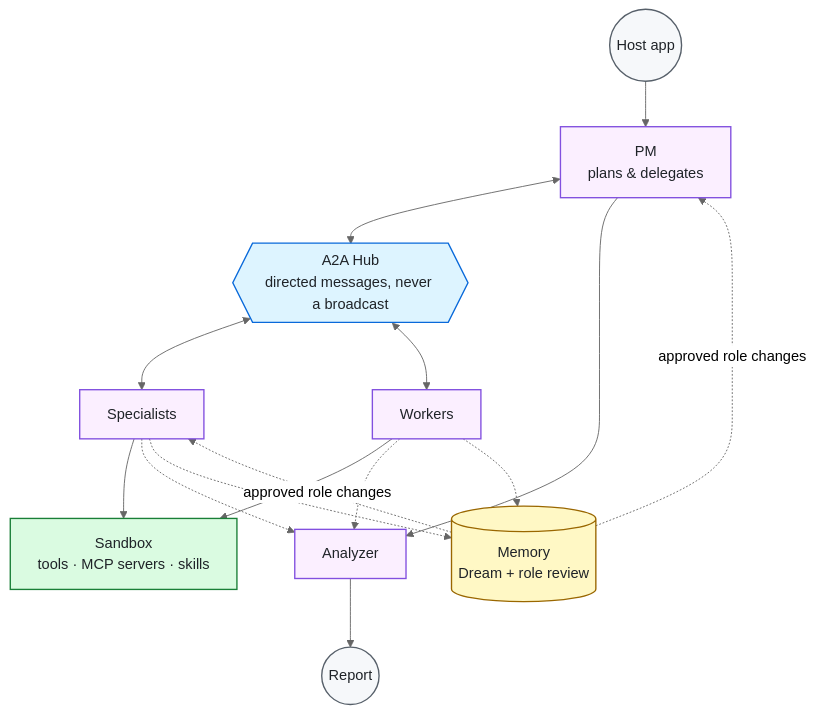
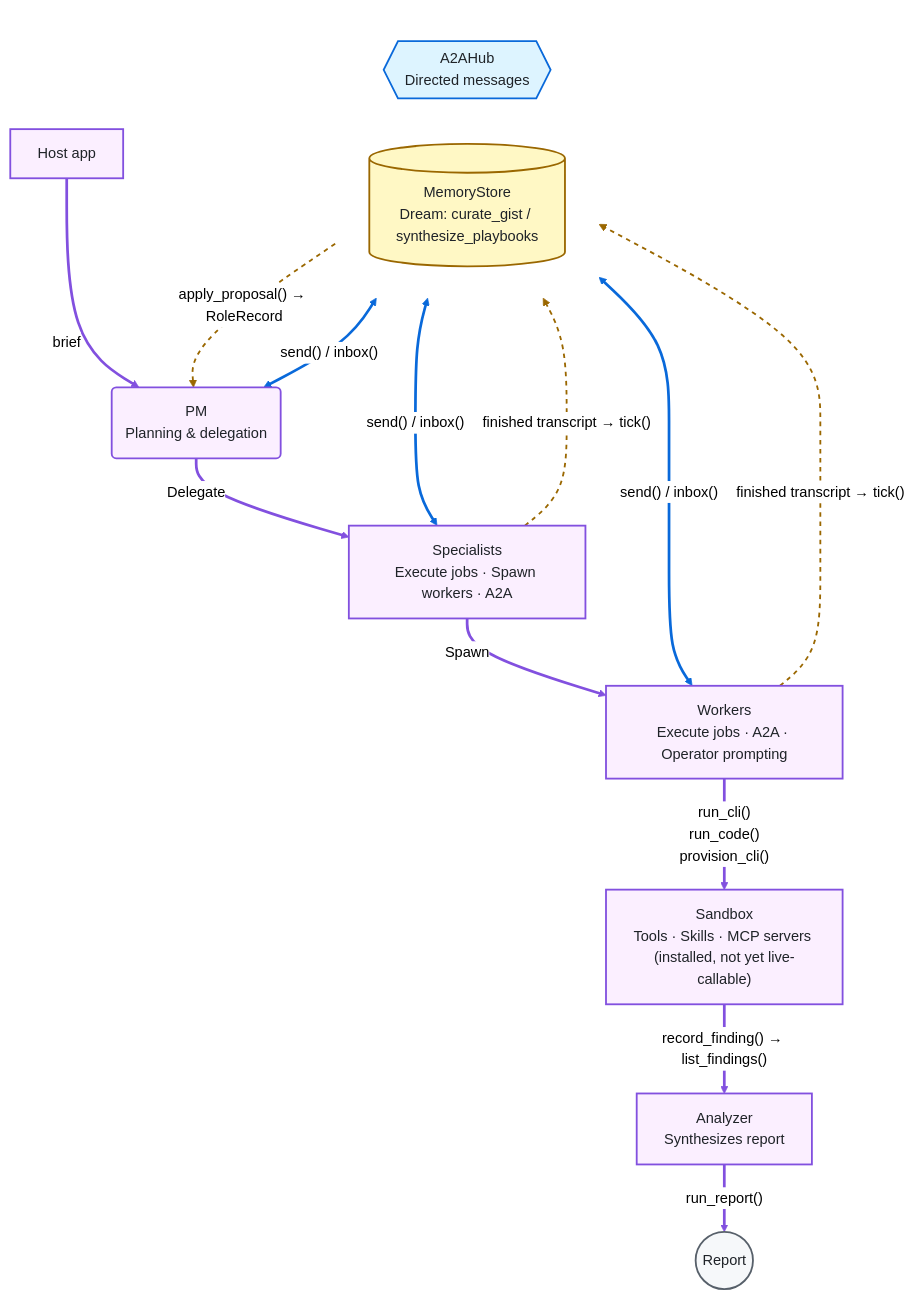
Before and after one commit to Salto7/Agent-runtime: the diagram in README.md, drawn with Mermaid (neutral theme). The commit also changed other lines of this file and 10 other files, not shown here.

````diff
--- a/README.md
+++ b/README.md
@@ -121,32 +98,48 @@
 ```mermaid
 flowchart TB
-    HOST(("Host app")) --> PM["PM<br/>plans & delegates"]
-    PM <--> A2A{{"A2A Hub<br/>directed messages, never a broadcast"}}
-    A2A <--> SPEC["Specialists"]
-    A2A <--> WORK["Workers"]
 
-    SPEC --> CAP["Sandbox<br/>tools · MCP servers · skills"]
-    WORK --> CAP
+    HOST["Host app"]
+    PM("PM<br/>Planning & delegation")
+    SPEC["Specialists<br/>Execute jobs · Spawn workers · A2A"]
+    WORK["Workers<br/>Execute jobs · A2A · Operator prompting"]
+    SANDBOX["Sandbox<br/>Tools · Skills · MCP servers (installed, not yet live-callable)"]
+    AN["Analyzer<br/>Synthesizes report"]
+    REPORT(("Report"))
 
-    PM --> AN["Analyzer"]
-    SPEC -.-> AN
-    WORK -.-> AN
-    AN --> REPORT(("Report"))
+    HOST ==>|"brief"| PM
+    PM ==>|"Delegate"| SPEC
+    SPEC ==>|"Spawn"| WORK
+    WORK ==>|"run_cli()<br/>run_code()<br/>provision_cli()"| SANDBOX
+    SANDBOX ==>|"record_finding() → list_findings()"| AN
+    AN ==>|"run_report()"| REPORT
 
-    SPEC -.-> MEM[("Memory<br/>Dream + role review")]
-    WORK -.-> MEM
-    MEM -. "approved role changes" .-> PM
-    MEM -. "approved role changes" .-> SPEC
+    subgraph SIDES[" "]
+        direction LR
+        A2A{{"A2AHub<br/>Directed messages"}}
+        MEM[("MemoryStore<br/>Dream: curate_gist / synthesize_playbooks")]
+    end
 
-    classDef agent fill:#fbefff,stroke:#8250df,color:#1f2328,stroke-width:1.5px
-    classDef hub fill:#ddf4ff,stroke:#0969da,color:#1f2328,stroke-width:1.5px
-    classDef cap fill:#dafbe1,stroke:#1a7f37,color:#1f2328,stroke-width:1.5px
-    classDef brain fill:#fff8c5,stroke:#9a6700,color:#1f2328,stroke-width:1.5px
-    classDef io fill:#f6f8fa,stroke:#57606a,color:#1f2328,stroke-width:1.5px
+    PM <==>|"send() / inbox()"| A2A
+    SPEC <==>|"send() / inbox()"| A2A
+    WORK <==>|"send() / inbox()"| A2A
 
-    class PM,SPEC,WORK,AN agent
+    MEM -.->|"apply_proposal() → RoleRecord"| PM
+    SPEC -.->|"finished transcript → tick()"| MEM
+    WORK -.->|"finished transcript → tick()"| MEM
+
+    classDef pyr fill:#fbefff,stroke:#8250df,color:#1f2328,stroke-width:2px
+    classDef hub fill:#ddf4ff,stroke:#0969da,color:#1f2328,stroke-width:2px
+    classDef brain fill:#fff8c5,stroke:#9a6700,color:#1f2328,stroke-width:2px
+    classDef io fill:#f6f8fa,stroke:#57606a,color:#1f2328,stroke-width:2px
+
+    class HOST,PM,SPEC,WORK,SANDBOX,AN pyr
     class A2A hub
-    class CAP cap
     class MEM brain
-    class HOST,REPORT io
+    class REPORT io
+
+    linkStyle 0,1,2,3,4,5 stroke:#8250df,stroke-width:3px
+    linkStyle 6,7,8 stroke:#0969da,stroke-width:3px
+    linkStyle 9,10,11 stroke:#9a6700,stroke-width:2px,stroke-dasharray:5 5
+
+    style SIDES fill:none,stroke:none
 ```
````
